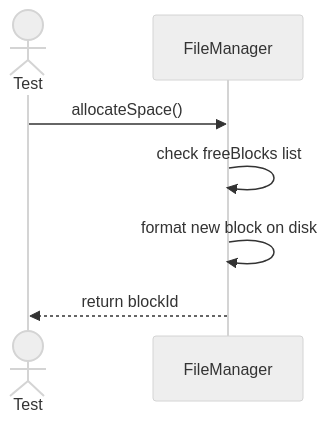
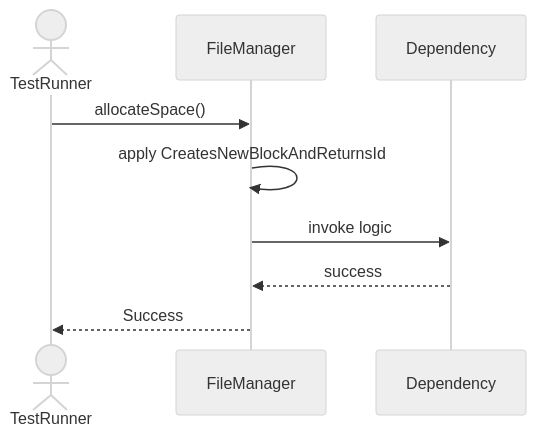
The first of 6 diagrams in Sequences/StorageEngine/FileManager.md (TamBui1706/DBMS), drawn with Mermaid (neutral theme) before and after one commit. The commit also changed other lines of this file and 63 other files, not shown here.

Commit message:
Draw sequence diagram for unit tests

````diff
--- a/Sequences/StorageEngine/FileManager.md
+++ b/Sequences/StorageEngine/FileManager.md
@@ -14,10 +20,10 @@
 ```mermaid
 sequenceDiagram
-    actor Test
+    actor TestRunner
     participant FileManager
-
-    Test->>FileManager: allocateSpace()
-    FileManager->>FileManager: check freeBlocks list
-    FileManager->>FileManager: format new block on disk
-    FileManager-->>Test: return blockId
+    TestRunner->>FileManager: allocateSpace()
+    FileManager->>FileManager: apply CreatesNewBlockAndReturnsId
+    FileManager->>Dependency: invoke logic
+    Dependency-->>FileManager: success
+    FileManager-->>TestRunner: Success
 ```
````
